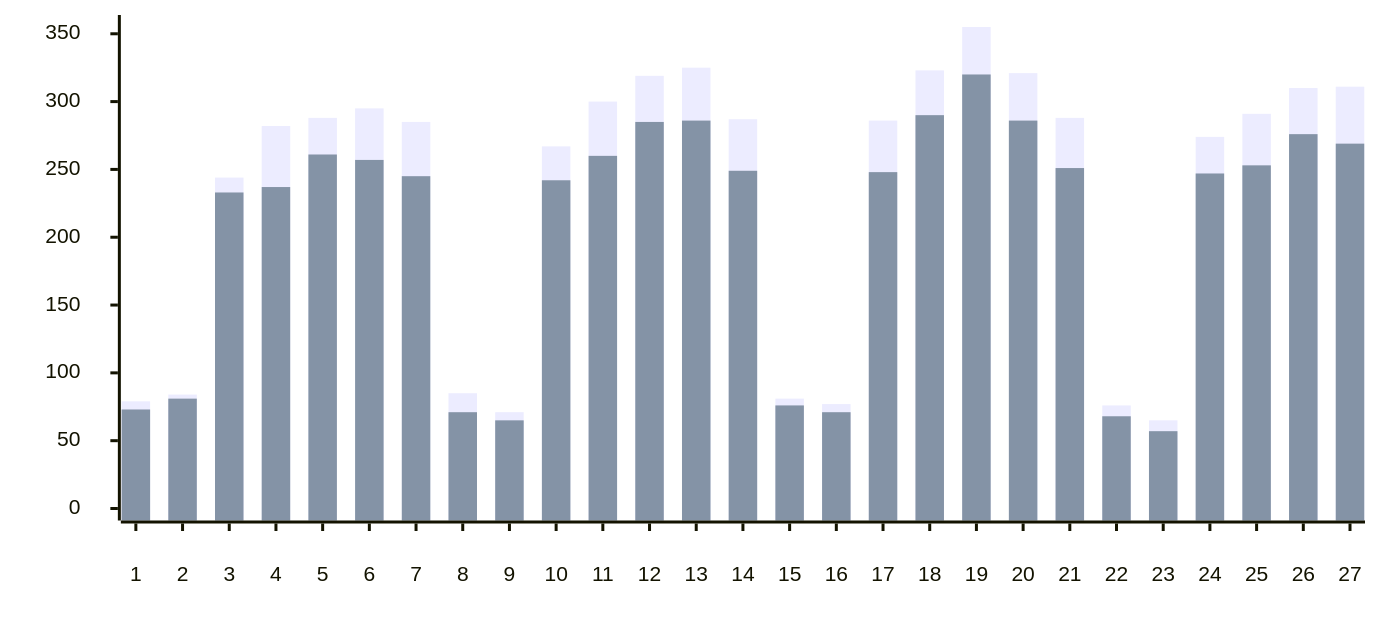
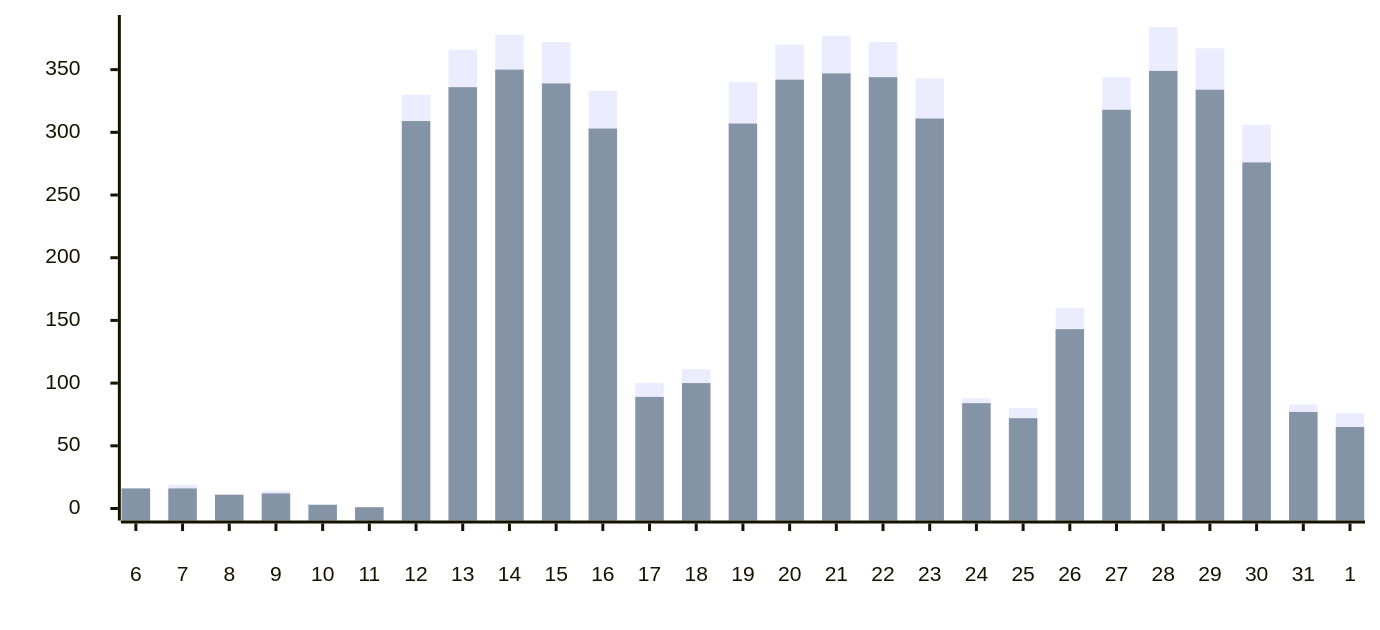
Before and after one commit to austenstone/copilot-usage: the first of 11 diagrams in __tests__/mock/sample-output.md, drawn with Mermaid. The commit also changed other lines of this file and 6 other files, not shown here.

````diff
--- a/__tests__/mock/sample-output.md
+++ b/__tests__/mock/sample-output.md
@@ -6,21 +6,21 @@
 ```mermaid
 ---
 config:
     xyChart:
         width: 900
         height: 400
         xAxis:
             labelPadding: 20
         yAxis:
             labelPadding: 20
     themeVariables:
         xyChart:
             backgroundColor: "transparent"
 ---
 xychart-beta
 
-  x-axis  [1, 2, 3, 4, 5, 6, 7, 8, 9, 10, 11, 12, 13, 14, 15, 16, 17, 18, 19, 20, 21, 22, 23, 24, 25, 26, 27]
-  y-axis  0 --> 355
-bar  [79, 84, 244, 282, 288, 295, 285, 85, 71, 267, 300, 319, 325, 287, 81, 77, 286, 323, 355, 321, 288, 76, 65, 274, 291, 310, 311]
-bar  [73, 81, 233, 237, 261, 257, 245, 71, 65, 242, 260, 285, 286, 249, 76, 71, 248, 290, 320, 286, 251, 68, 57, 247, 253, 276, 269]
+  x-axis  [6, 7, 8, 9, 10, 11, 12, 13, 14, 15, 16, 17, 18, 19, 20, 21, 22, 23, 24, 25, 26, 27, 28, 29, 30, 31, 1]
+  y-axis  0 --> 384
+bar  [16, 19, 11, 14, 3, 1, 330, 366, 378, 372, 333, 100, 111, 340, 370, 377, 372, 343, 88, 80, 160, 344, 384, 367, 306, 83, 76]
+bar  [16, 16, 11, 12, 3, 1, 309, 336, 350, 339, 303, 89, 100, 307, 342, 347, 344, 311, 84, 72, 143, 318, 349, 334, 276, 77, 65]
 ```
````
